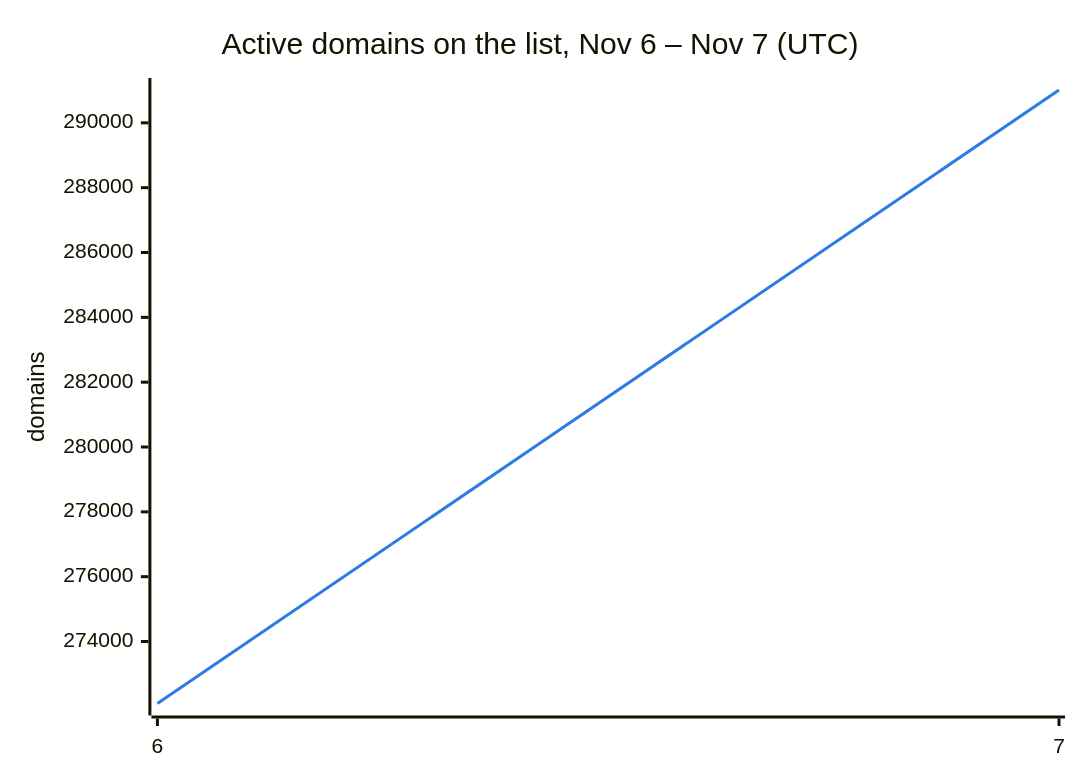
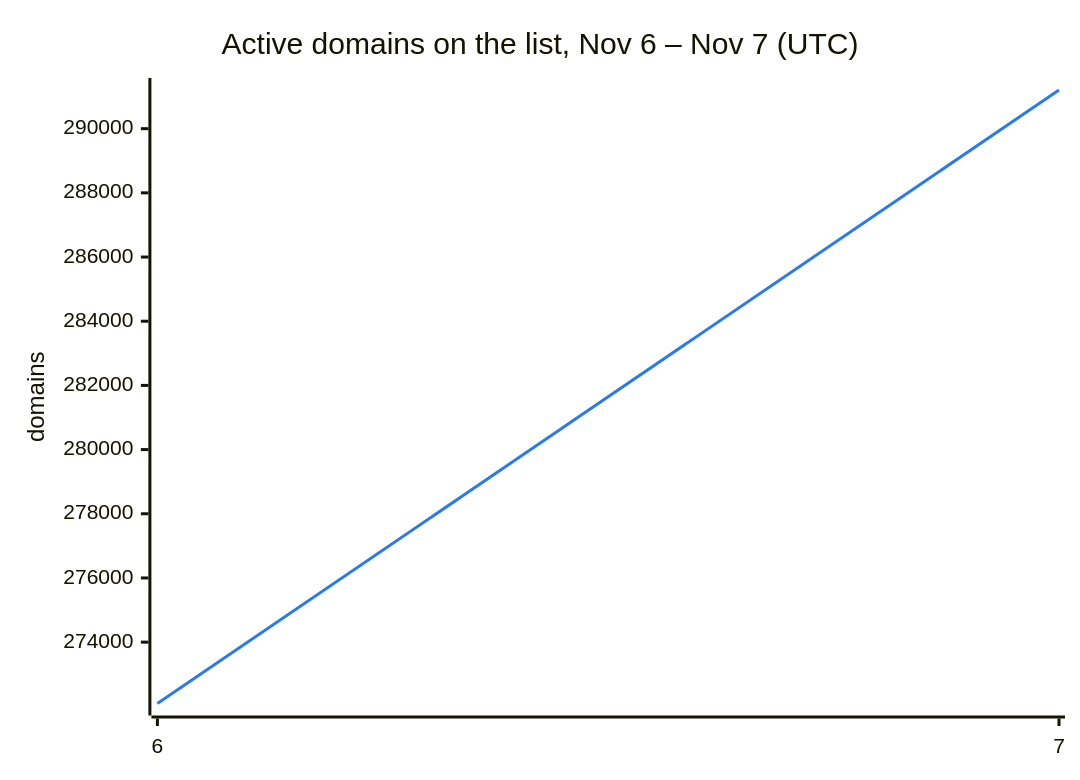
One commit to DNSBunker/CTI changed the second of 3 diagrams in README.md. Above: the diagram before and after it, drawn with Mermaid. The commit also changed other lines of this file and 3 other files, not shown here.

````diff
--- a/README.md
+++ b/README.md
@@ -38,8 +38,8 @@
 ```mermaid
 %%{init: {"themeVariables": {"xyChart": {"plotColorPalette": "#2c7be5"}}}}%%
 xychart-beta
     title "Active domains on the list, Nov 6 – Nov 7 (UTC)"
     x-axis ["6", "7"]
     y-axis "domains"
-    line [272088, 291013]
+    line [272088, 291205]
 ```
````
